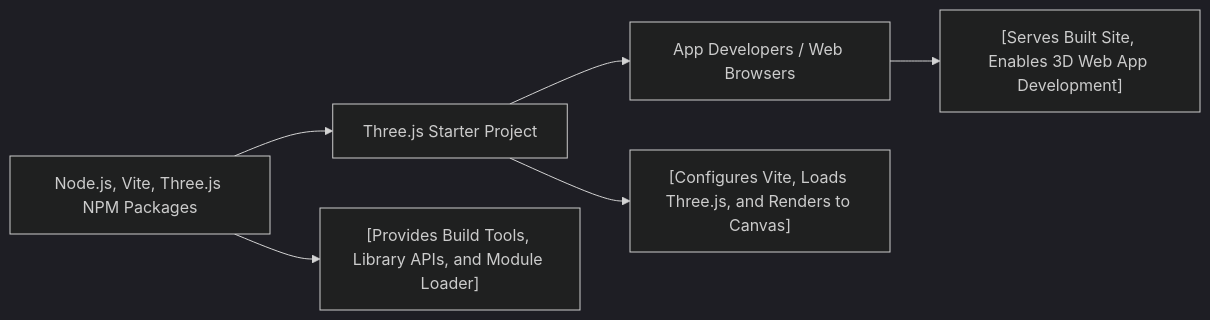
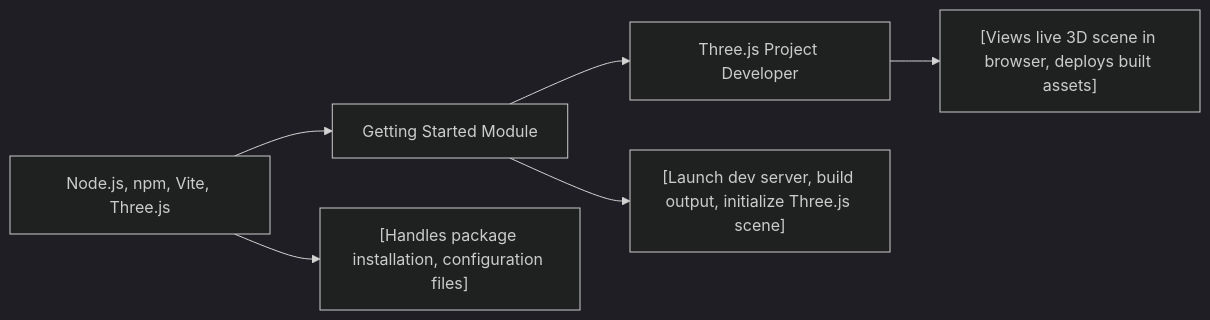
The diagram in .shelfya/starter/getting-started.md (NicoooM/three-js-test), drawn with Mermaid (dark theme) before and after one commit. The commit also changed other lines of this file and 12 other files, not shown here.

````diff
--- a/.shelfya/starter/getting-started.md
+++ b/.shelfya/starter/getting-started.md
@@ -41,9 +60,8 @@
 ```mermaid
 flowchart LR
-  dependencies["Node.js, Vite, Three.js NPM Packages"] --> thisModule["Three.js Starter Project"]
-  thisModule --> usedBy["App Developers / Web Browsers"]
-
-  dependencies --> details["[Provides Build Tools, Library APIs, and Module Loader]"]
-  thisModule --> process["[Configures Vite, Loads Three.js, and Renders to Canvas]"]
-  usedBy --> consumers["[Serves Built Site, Enables 3D Web App Development]"]
+  dependencies["Node.js, npm, Vite, Three.js"] --> thisModule["Getting Started Module"]
+  thisModule --> usedBy["Three.js Project Developer"]
+  dependencies --> details["[Handles package installation, configuration files]"]
+  thisModule --> process["[Launch dev server, build output, initialize Three.js scene]"]
+  usedBy --> consumers["[Views live 3D scene in browser, deploys built assets]"]
 ```
````
